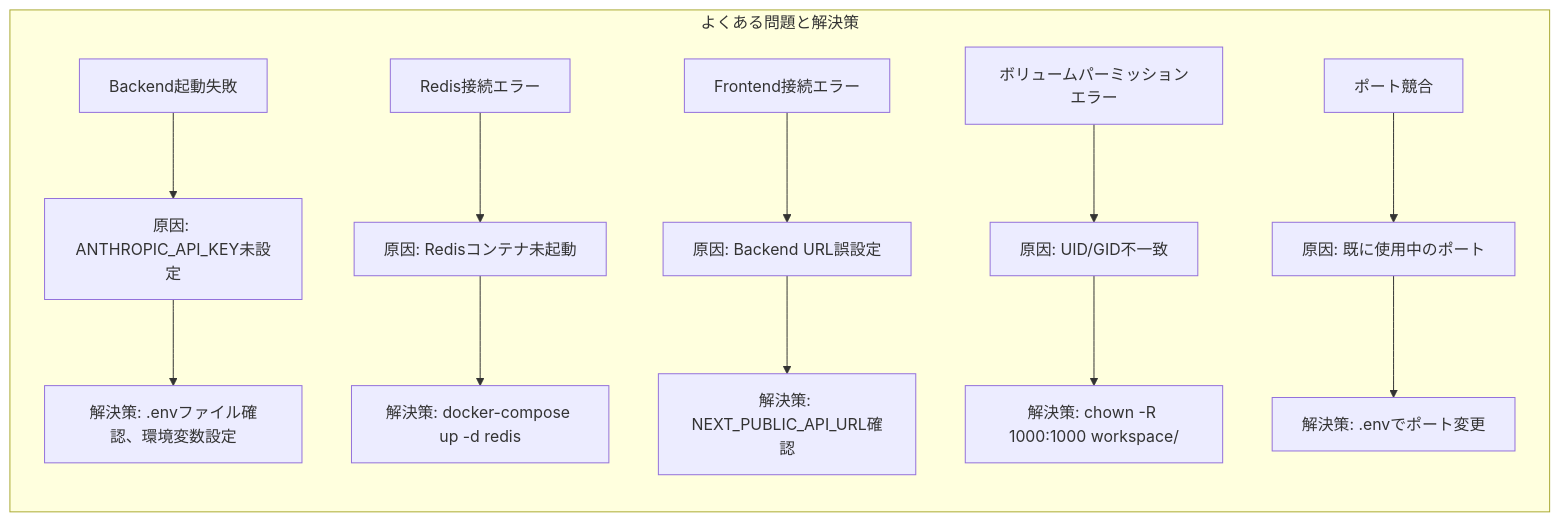
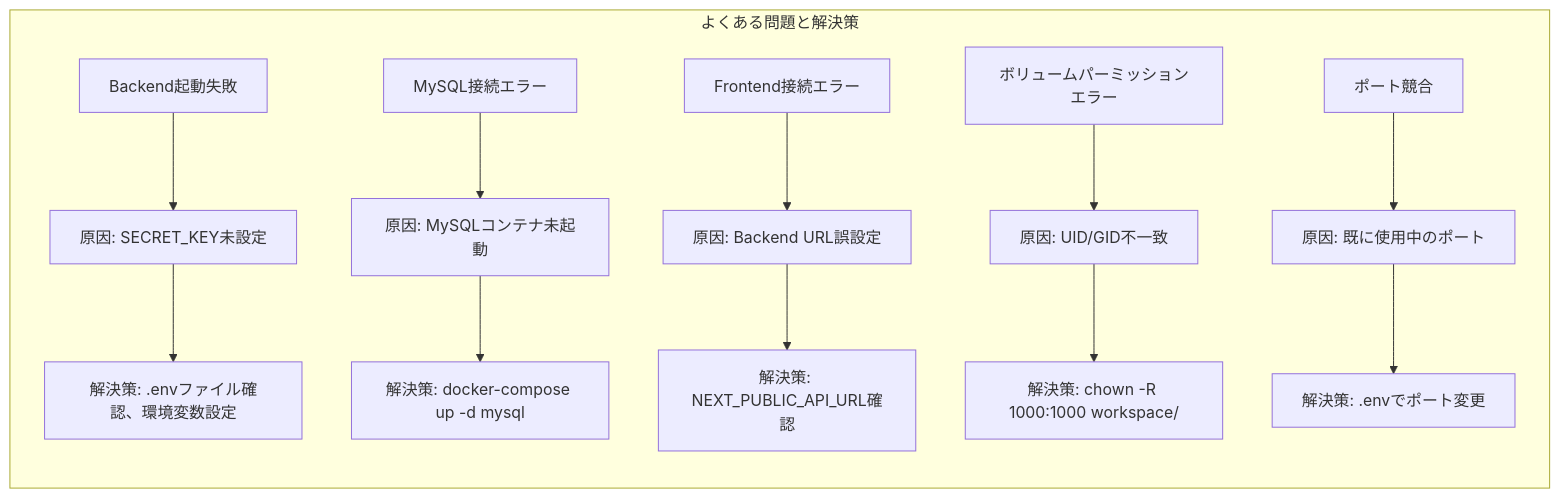
The eighth of 9 diagrams in doc/docker-design.md (thirai-classlab/Claude-Code-Cloud), drawn with Mermaid before and after one commit. The commit also changed other lines of this file and 18 other files, not shown here.

````diff
--- a/doc/docker-design.md
+++ b/doc/docker-design.md
@@ -1541,24 +1595,24 @@
 ```mermaid
 flowchart LR
     subgraph よくある問題と解決策
         P1[Backend起動失敗]
-        P1 --> P1_C[原因: ANTHROPIC_API_KEY未設定]
+        P1 --> P1_C[原因: SECRET_KEY未設定]
         P1_C --> P1_S[解決策: .envファイル確認、環境変数設定]
 
-        P2[Redis接続エラー]
-        P2 --> P2_C[原因: Redisコンテナ未起動]
-        P2_C --> P2_S[解決策: docker-compose up -d redis]
+        P2[MySQL接続エラー]
+        P2 --> P2_C[原因: MySQLコンテナ未起動]
+        P2_C --> P2_S[解決策: docker-compose up -d mysql]
 
         P3[Frontend接続エラー]
         P3 --> P3_C[原因: Backend URL誤設定]
         P3_C --> P3_S[解決策: NEXT_PUBLIC_API_URL確認]
 
         P4[ボリュームパーミッションエラー]
         P4 --> P4_C[原因: UID/GID不一致]
         P4_C --> P4_S[解決策: chown -R 1000:1000 workspace/]
 
         P5[ポート競合]
         P5 --> P5_C[原因: 既に使用中のポート]
         P5_C --> P5_S[解決策: .envでポート変更]
     end
 ```
````
